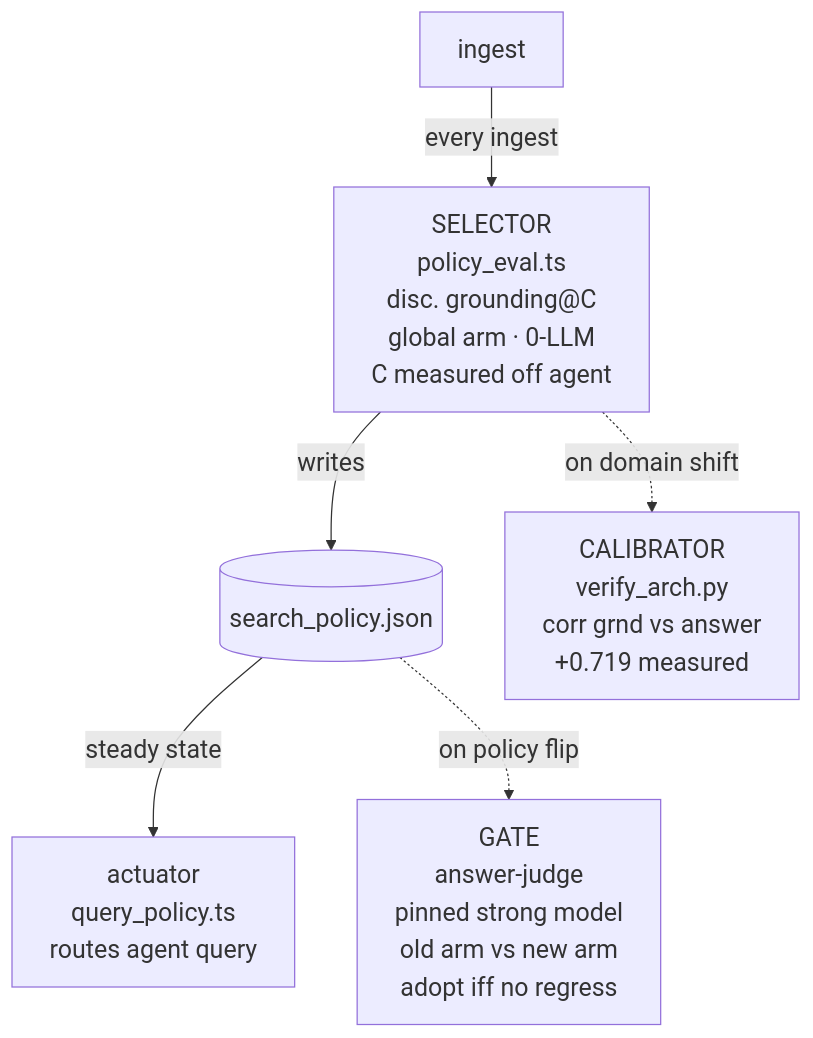
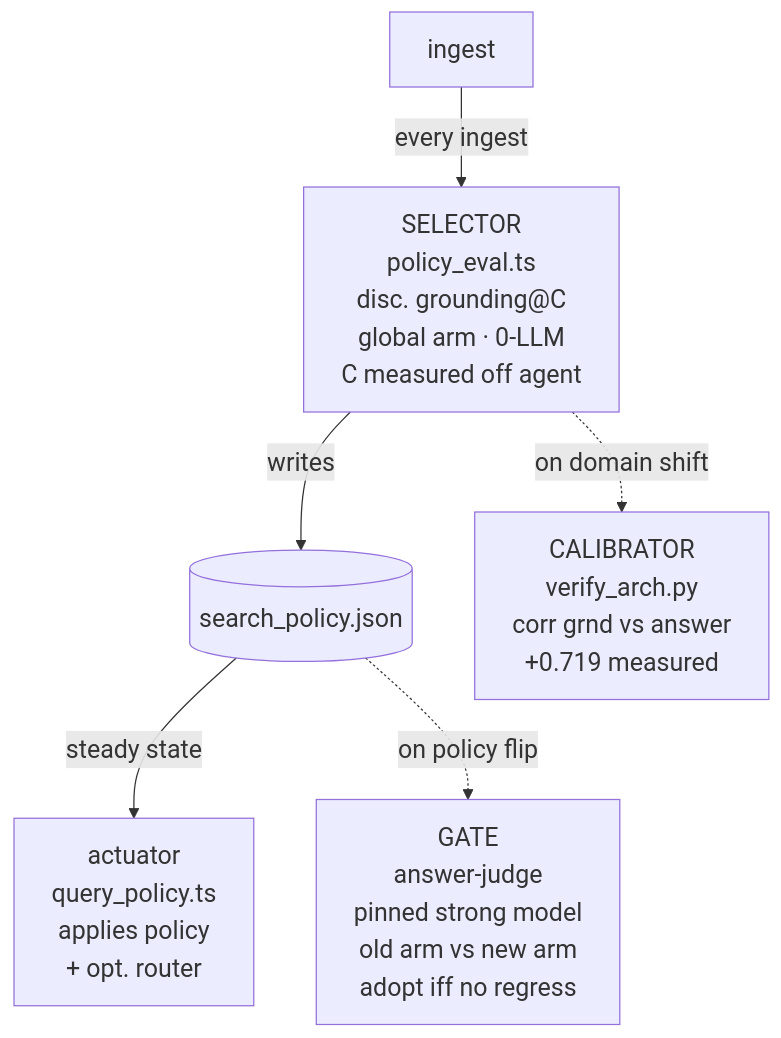
Before and after one commit to shaneliuyx/agent-development-curriculum: the seventh of 8 diagrams in Week 3.5.96 - Self-Wiring Memory (GBrain).md, drawn with Mermaid. The commit also changed other lines of this file, not shown here.

First line of the commit message:
docs: W3.5.96 — Block D audit: label tenk-subset table, clarify diagram

````diff
--- a/Week 3.5.96 - Self-Wiring Memory (GBrain).md
+++ b/Week 3.5.96 - Self-Wiring Memory (GBrain).md
@@ -2204,9 +2204,9 @@
 ```mermaid
 %%{init: {'theme':'default', 'themeVariables': {'fontSize':'20px'}}}%%
 flowchart TD
   ING["ingest"] -->|every ingest| SEL["SELECTOR<br/>policy_eval.ts<br/>disc. grounding@C<br/>global arm · 0-LLM<br/>C measured off agent"]
   SEL -->|writes| POL[("search_policy.json")]
-  POL -->|steady state| ACT["actuator<br/>query_policy.ts<br/>routes agent query"]
+  POL -->|steady state| ACT["actuator<br/>query_policy.ts<br/>applies policy<br/>+ opt. router"]
   POL -.->|on policy flip| GATE["GATE<br/>answer-judge<br/>pinned strong model<br/>old arm vs new arm<br/>adopt iff no regress"]
   SEL -.->|on domain shift| CAL["CALIBRATOR<br/>verify_arch.py<br/>corr grnd vs answer<br/>+0.719 measured"]
 ```
````
